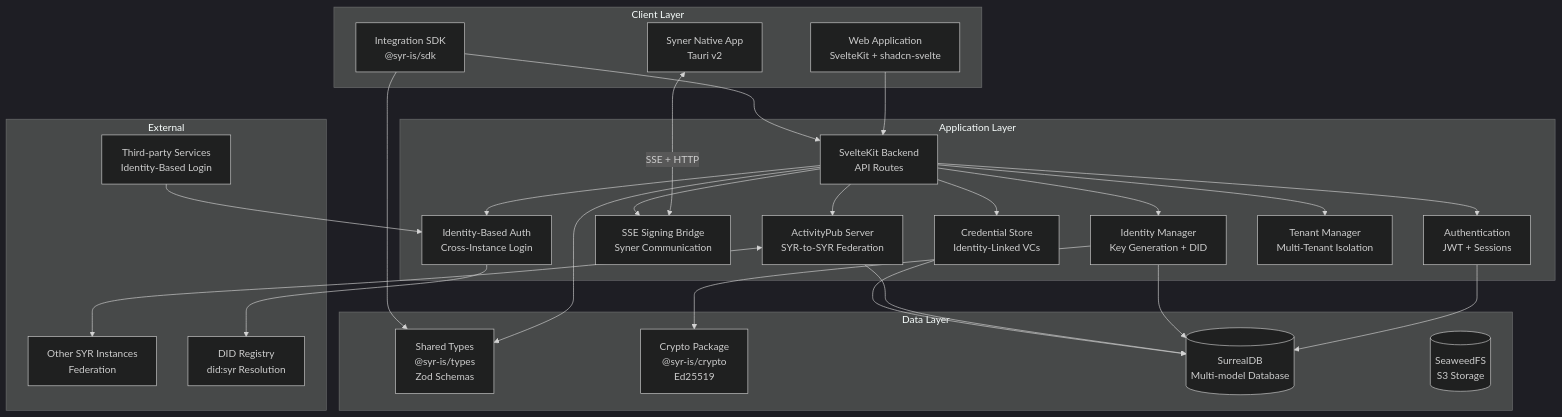
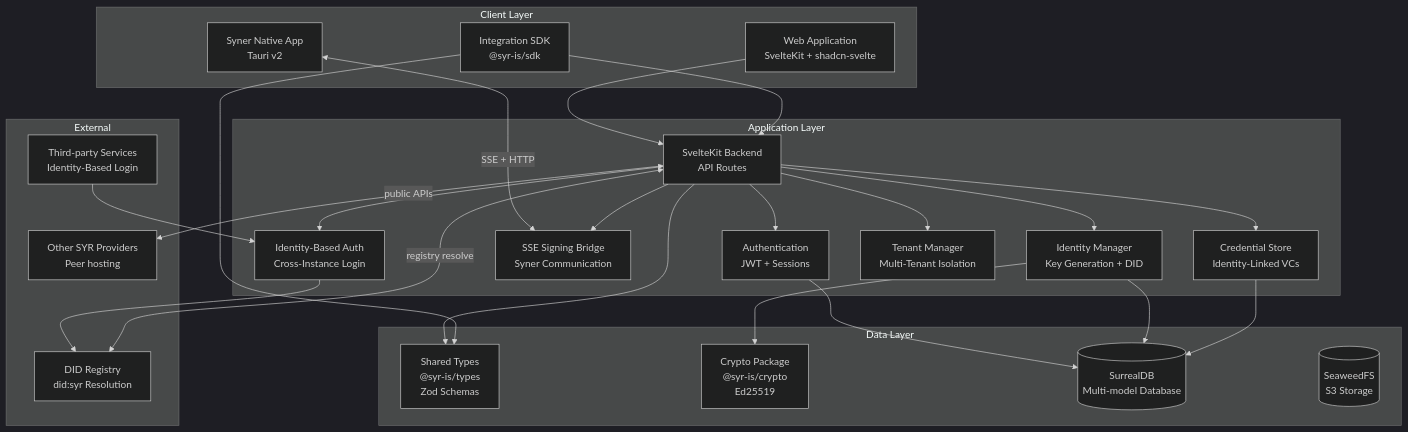
One commit to syr-is/syr changed the first of 17 diagrams in Architecture.md. Above: the diagram before and after it, drawn with Mermaid (dark theme). The commit also changed other lines of this file and 67 other files, not shown here.

````diff
--- a/Architecture.md
+++ b/Architecture.md
@@ -16,56 +16,54 @@
 ```mermaid
 graph TB
     subgraph "Client Layer"
         Web[Web Application<br/>SvelteKit + shadcn-svelte]
         Syner[Syner Native App<br/>Tauri v2]
         SDK[Integration SDK<br/>@syr-is/sdk]
     end
 
     subgraph "Application Layer"
         API[SvelteKit Backend<br/>API Routes]
         Auth[Authentication<br/>JWT + Sessions]
         IDM[Identity Manager<br/>Key Generation + DID]
         SSEBridge[SSE Signing Bridge<br/>Syner Communication]
-        AP[ActivityPub Server<br/>SYR-to-SYR Federation]
         VC[Credential Store<br/>Identity-Linked VCs]
         IDA[Identity-Based Auth<br/>Cross-Instance Login]
         TM[Tenant Manager<br/>Multi-Tenant Isolation]
     end
 
     subgraph "Data Layer"
         Types[Shared Types<br/>@syr-is/types<br/>Zod Schemas]
         Crypto[Crypto Package<br/>@syr-is/crypto<br/>Ed25519]
         DB[(SurrealDB<br/>Multi-model Database)]
         S3[(SeaweedFS<br/>S3 Storage)]
     end
 
     subgraph "External"
-        SYR2[Other SYR Instances<br/>Federation]
+        SYR2[Other SYR Providers<br/>Peer hosting]
         Services[Third-party Services<br/>Identity-Based Login]
         Registry[DID Registry<br/>did:syr Resolution]
     end
 
     Web --> API
     Syner <-->|"SSE + HTTP"| SSEBridge
     SDK --> API
     API --> Auth
     API --> IDM
     API --> SSEBridge
-    API --> AP
     API --> VC
     API --> IDA
     API --> TM
 
     Auth --> DB
     IDM --> DB
     IDM --> Crypto
-    AP --> DB
     VC --> DB
     IDA --> Registry
 
     API --> Types
     SDK --> Types
 
-    AP <--> SYR2
+    API <-->|"registry resolve"| Registry
+    API <-->|"public APIs"| SYR2
     Services --> IDA
 ```
````
